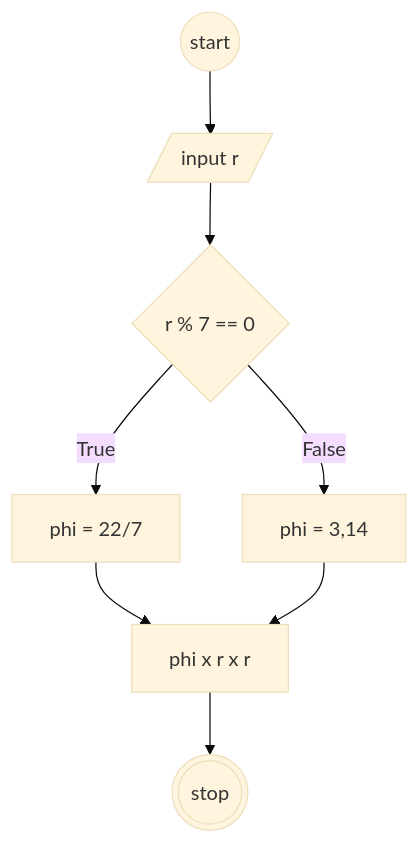
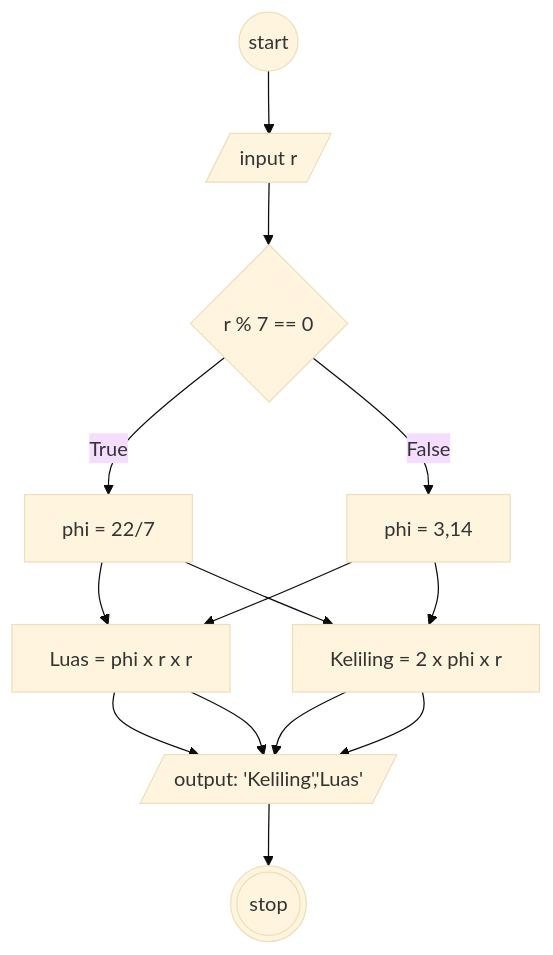
One commit to VsalCode/fgo24-Algoritma changed the diagram in minitask3.md. Above: the diagram before and after it, drawn with Mermaid (base theme). The commit also changed other lines of this file, not shown here.

````diff
--- a/minitask3.md
+++ b/minitask3.md
@@ -15,19 +15,30 @@
 ```mermaid
 flowchart TD
     A@{shape: circle, label: "start"}
     B@{shape: lean-r, label: "input r"}
     C@{shape: diamond, label: "r % 7 == 0"}
-    D@{shape: rect, label: "phi = 22/7"}
-    E@{shape: rect, label: "phi = 3,14"}
-    F@{shape: rect, label: "phi x r x r"}
+    phi1@{shape: rect, label: "phi = 22/7"}
+    phi2@{shape: rect, label: "phi = 3,14"}
+    luas@{shape: rect, label: "Luas = phi x r x r"}
+    keliling@{shape: rect, label: "Keliling = 2 x phi x r"}
+    output@{shape: lean-r, label: "output: 'Keliling','Luas'"}
     X@{shape: dbl-circ, label: "stop"}
 
     A --> B
     B --> C
-    C -- True --> D
-    C -- False --> E
-    D --> F
-    E --> F
-    F --> X
+    C -- True --> phi1
+    C -- False --> phi2
+    
+    phi1 --> luas
+    phi1 --> keliling
+    luas --> output 
+    keliling --> output
+
+    phi2 --> luas
+    phi2 --> keliling
+    luas --> output 
+    keliling --> output
+    
+    output --> X
 
 ```
````
